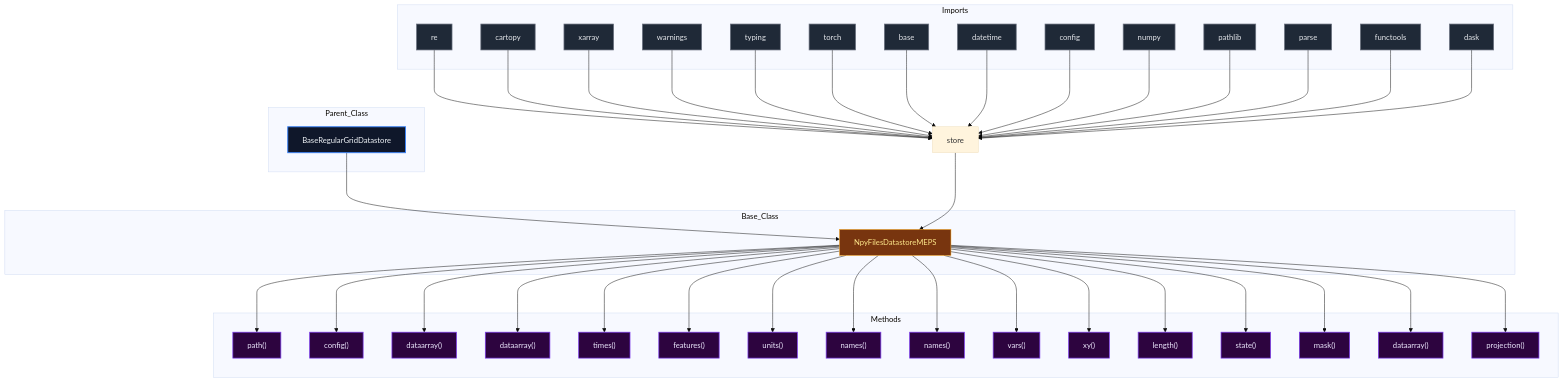
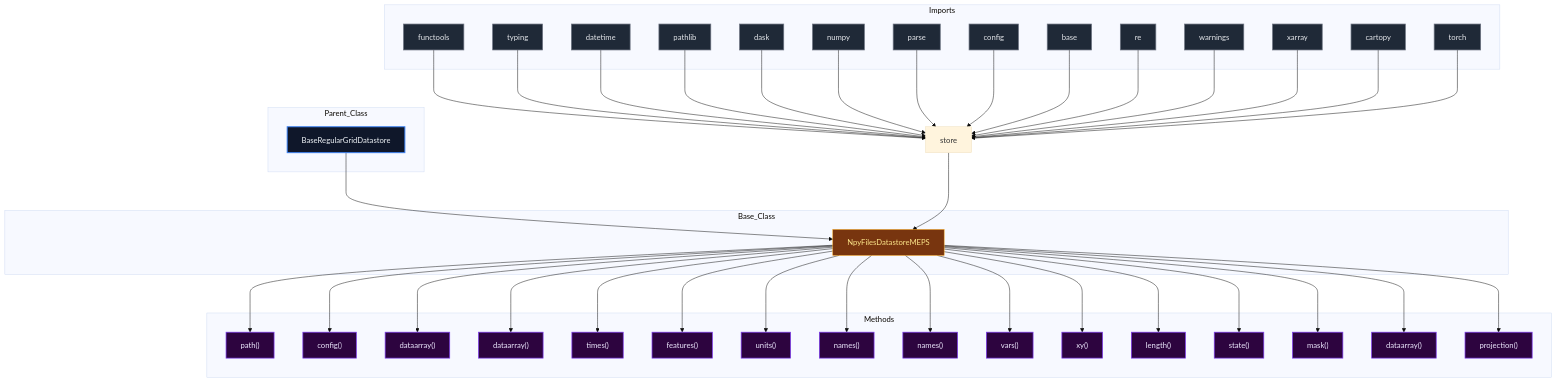
Before and after one commit to mllam/neural-lam: the diagram in docs/diagrams/structure/store_diagram.md, drawn with Mermaid (base theme). The commit also changed 20 other files, not shown here.

````diff
--- a/docs/diagrams/structure/store_diagram.md
+++ b/docs/diagrams/structure/store_diagram.md
@@ -15,36 +15,36 @@
     BaseRegularGridDatastore --> NpyFilesDatastoreMEPS
 
 subgraph Imports
+    functools["functools"]
+    typing["typing"]
+    datetime["datetime"]
+    pathlib["pathlib"]
+    dask["dask"]
+    numpy["numpy"]
+    parse["parse"]
+    config["config"]
+    base["base"]
     re["re"]
+    warnings["warnings"]
+    xarray["xarray"]
     cartopy["cartopy"]
-    xarray["xarray"]
-    warnings["warnings"]
-    typing["typing"]
     torch["torch"]
-    base["base"]
-    datetime["datetime"]
-    config["config"]
-    numpy["numpy"]
-    pathlib["pathlib"]
-    parse["parse"]
-    functools["functools"]
-    dask["dask"]
 end
 
+    functools --> module
+    typing --> module
+    datetime --> module
+    pathlib --> module
+    dask --> module
+    numpy --> module
+    parse --> module
+    config --> module
+    base --> module
     re --> module
+    warnings --> module
+    xarray --> module
     cartopy --> module
-    xarray --> module
-    warnings --> module
-    typing --> module
     torch --> module
-    base --> module
-    datetime --> module
-    config --> module
-    numpy --> module
-    pathlib --> module
-    parse --> module
-    functools --> module
-    dask --> module
     module --> NpyFilesDatastoreMEPS
 
 subgraph Methods
@@ -90,6 +90,6 @@
 classDef callNode fill:#064e3b,stroke:#10b981,stroke-width:1.5px,color:#d1fae5,font-size:16px
 class BaseRegularGridDatastore parent
 class NpyFilesDatastoreMEPS base
-class re,cartopy,xarray,warnings,typing,torch,base,datetime,config,numpy,pathlib,parse,functools,dask import
+class functools,typing,datetime,pathlib,dask,numpy,parse,config,base,re,warnings,xarray,cartopy,torch import
 class NpyFilesDatastoreMEPS_root_path,NpyFilesDatastoreMEPS_config,NpyFilesDatastoreMEPS_get_dataarray,NpyFilesDatastoreMEPS__get_single_timeseries_dataarray,NpyFilesDatastoreMEPS__get_analysis_times,NpyFilesDatastoreMEPS__calc_datetime_forcing_features,NpyFilesDatastoreMEPS_get_vars_units,NpyFilesDatastoreMEPS_get_vars_names,NpyFilesDatastoreMEPS_get_vars_long_names,NpyFilesDatastoreMEPS_get_num_data_vars,NpyFilesDatastoreMEPS_get_xy,NpyFilesDatastoreMEPS_step_length,NpyFilesDatastoreMEPS_grid_shape_state,NpyFilesDatastoreMEPS_boundary_mask,NpyFilesDatastoreMEPS_get_standardization_dataarray,NpyFilesDatastoreMEPS_coords_projection method
 ```
````
